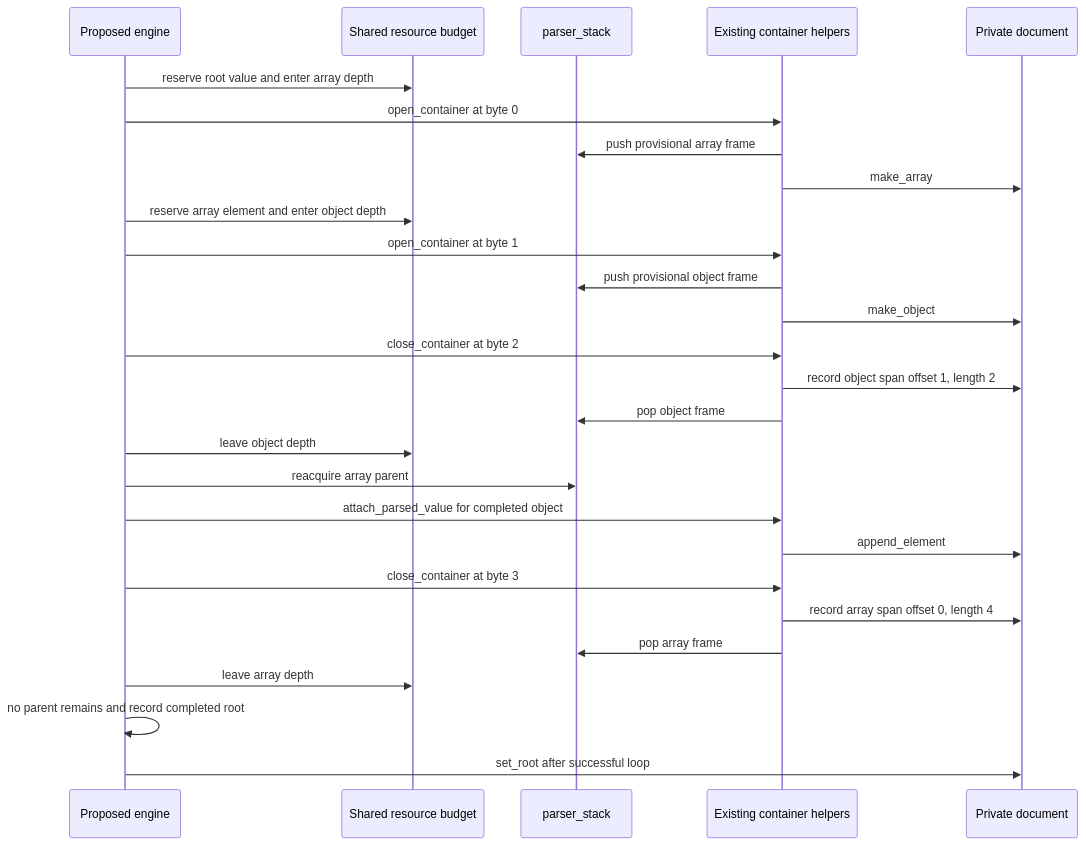
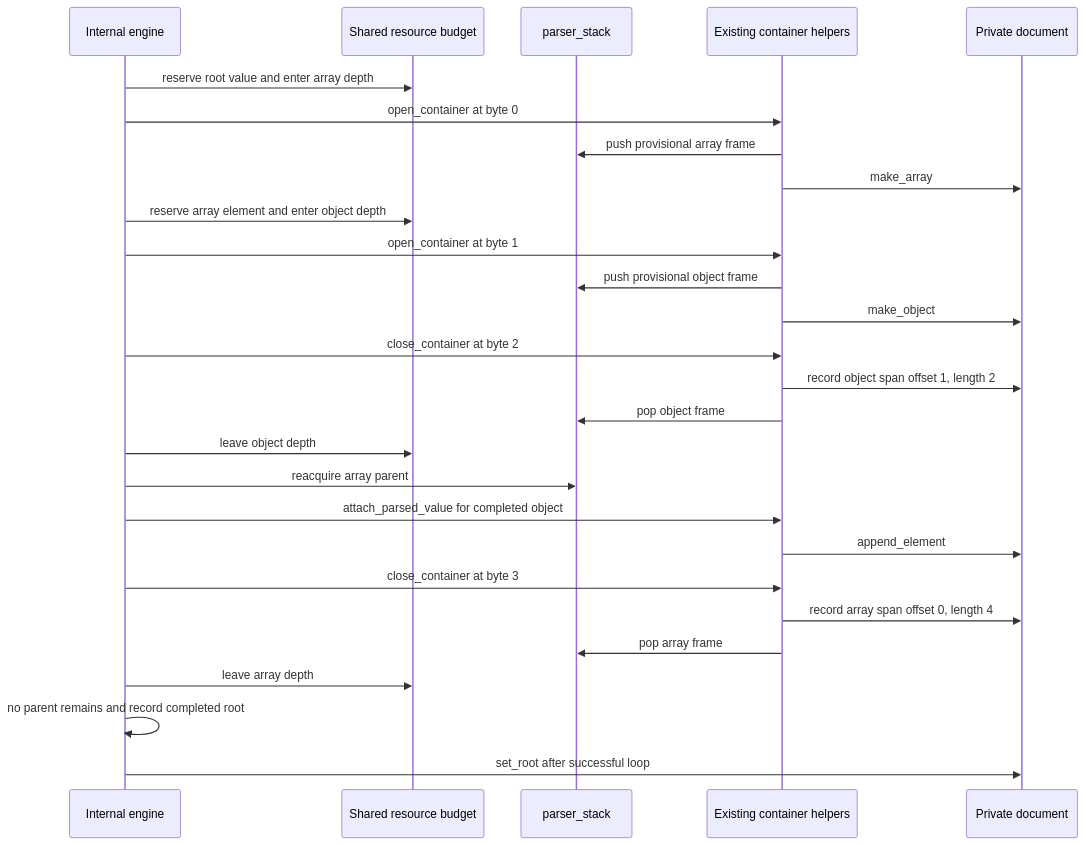
Before and after one commit to Romanr92/Adaptive_JSON5: diagram 14 of 14 in docs/current-architecture.md, drawn with Mermaid. The commit also changed other lines of this file and 267 other files, not shown here.

````diff
--- a/docs/current-architecture.md
+++ b/docs/current-architecture.md
@@ -871,29 +880,29 @@
 ```mermaid
 sequenceDiagram
-    participant E as Proposed engine
+    participant E as Internal engine
     participant B as Shared resource budget
     participant S as parser_stack
     participant H as Existing container helpers
     participant D as Private document
     E->>B: reserve root value and enter array depth
     E->>H: open_container at byte 0
     H->>S: push provisional array frame
     H->>D: make_array
     E->>B: reserve array element and enter object depth
     E->>H: open_container at byte 1
     H->>S: push provisional object frame
     H->>D: make_object
     E->>H: close_container at byte 2
     H->>D: record object span offset 1, length 2
     H->>S: pop object frame
     E->>B: leave object depth
     E->>S: reacquire array parent
     E->>H: attach_parsed_value for completed object
     H->>D: append_element
     E->>H: close_container at byte 3
     H->>D: record array span offset 0, length 4
     H->>S: pop array frame
     E->>B: leave array depth
     E->>E: no parent remains and record completed root
     E->>D: set_root after successful loop
 ```
````
